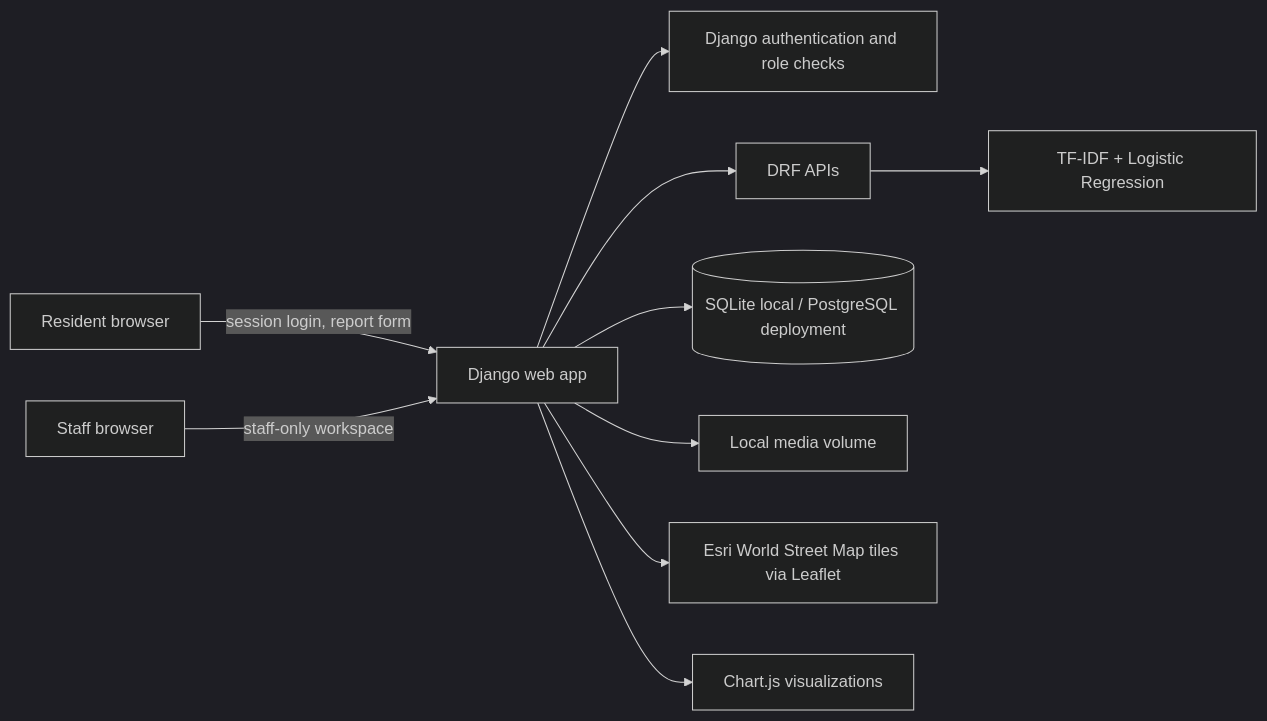
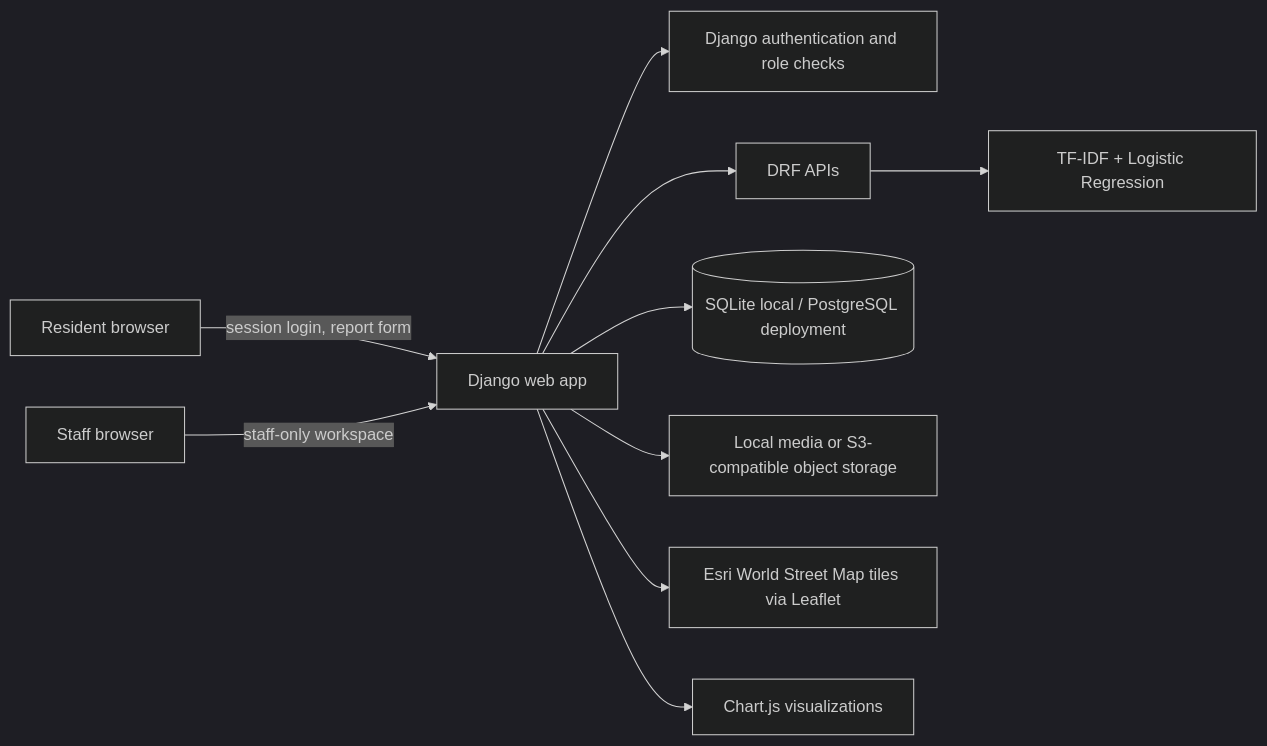
One commit to tarun-jaiin/civiclens-ai changed the diagram in README.md. Above: the diagram before and after it, drawn with Mermaid (dark theme). The commit also changed other lines of this file and 3 other files, not shown here.

````diff
--- a/README.md
+++ b/README.md
@@ -32,12 +32,12 @@
 ```mermaid
 flowchart LR
     Citizen[Resident browser] -->|session login, report form| Django[Django web app]
     Staff[Staff browser] -->|staff-only workspace| Django
     Django --> Auth[Django authentication and role checks]
     Django --> API[DRF APIs]
     Django --> DB[(SQLite local / PostgreSQL deployment)]
-    Django --> Uploads[Local media volume]
+    Django --> Uploads[Local media or S3-compatible object storage]
     API --> Classifier[TF-IDF + Logistic Regression]
     Django --> Map[Esri World Street Map tiles via Leaflet]
     Django --> Charts[Chart.js visualizations]
 ```
````
